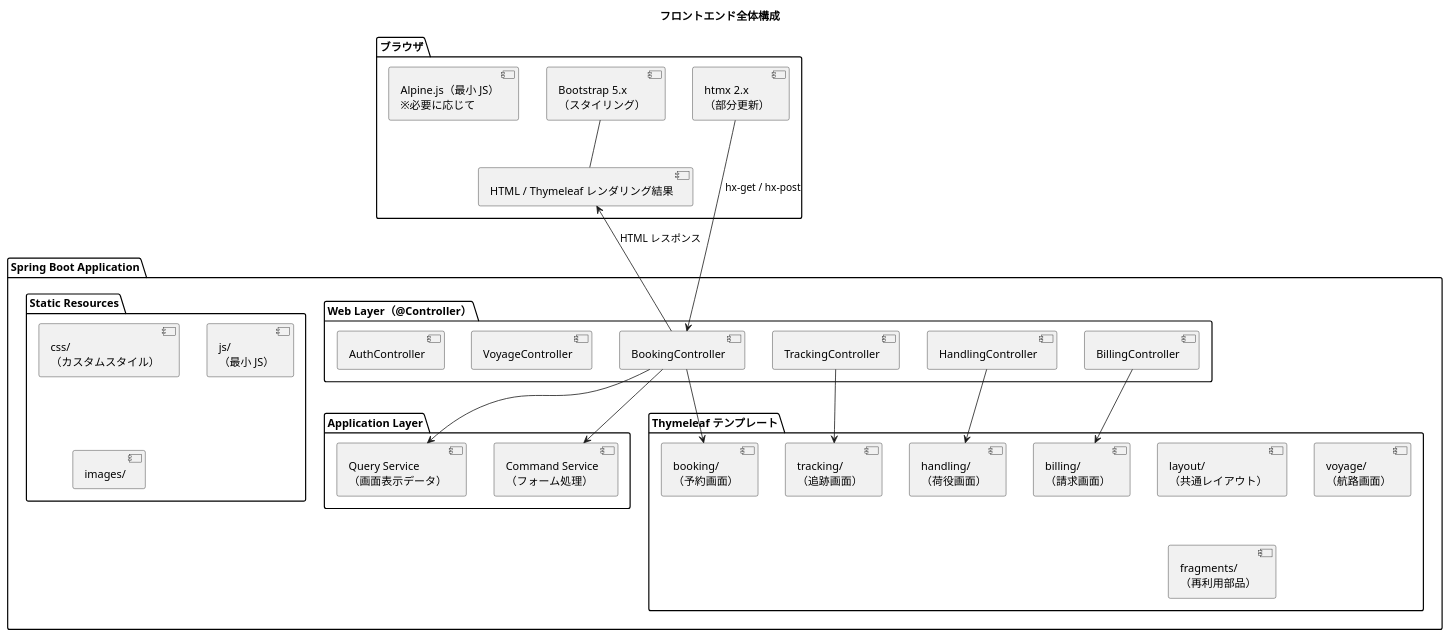
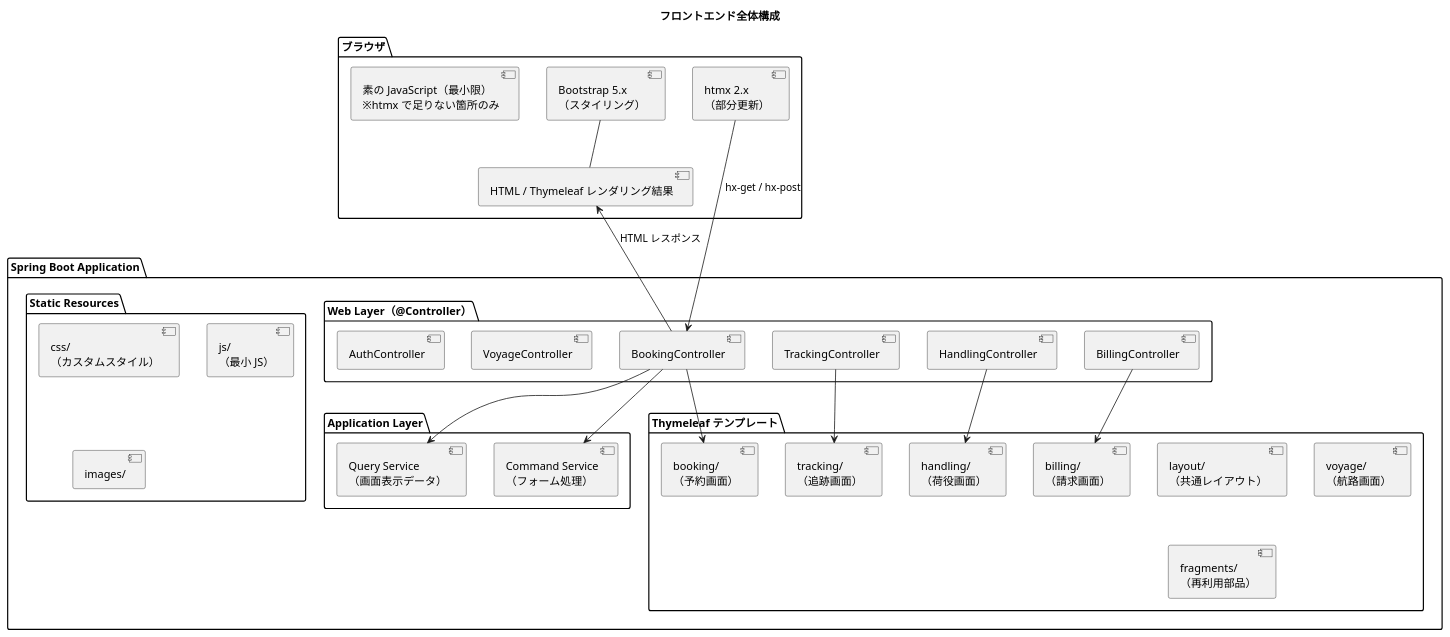
One commit to k2works/case-study-cargo-tracker changed the first of 4 diagrams in docs/design/architecture_frontend.md. Above: the diagram before and after it, drawn with PlantUML. The commit also changed other lines of this file and 6 other files, not shown here.

````diff
--- a/docs/design/architecture_frontend.md
+++ b/docs/design/architecture_frontend.md
@@ -34,57 +34,57 @@
 ```plantuml
 @startuml
 title フロントエンド全体構成
 
 package "ブラウザ" as browser {
   [HTML / Thymeleaf レンダリング結果]
   [Bootstrap 5.x\n（スタイリング）]
   [htmx 2.x\n（部分更新）]
-  [Alpine.js（最小 JS）\n※必要に応じて]
+  [素の JavaScript（最小限）\n※htmx で足りない箇所のみ]
 }
 
 package "Spring Boot Application" as app {
 
   package "Web Layer（@Controller）" as web {
     [BookingController]
     [TrackingController]
     [HandlingController]
     [BillingController]
     [VoyageController]
     [AuthController]
   }
 
   package "Thymeleaf テンプレート" as templates {
     [layout/\n（共通レイアウト）]
     [booking/\n（予約画面）]
     [tracking/\n（追跡画面）]
     [handling/\n（荷役画面）]
     [billing/\n（請求画面）]
     [voyage/\n（航路画面）]
     [fragments/\n（再利用部品）]
   }
 
   package "Static Resources" as static_res {
     [css/\n（カスタムスタイル）]
     [js/\n（最小 JS）]
     [images/]
   }
 
   package "Application Layer" as application {
     [Query Service\n（画面表示データ）]
     [Command Service\n（フォーム処理）]
   }
 }
 
 [HTML / Thymeleaf レンダリング結果] <-- [BookingController] : HTML レスポンス
 [htmx 2.x\n（部分更新）] --> [BookingController] : hx-get / hx-post
 [Bootstrap 5.x\n（スタイリング）] -- [HTML / Thymeleaf レンダリング結果]
 
 [BookingController] --> [Query Service\n（画面表示データ）]
 [BookingController] --> [Command Service\n（フォーム処理）]
 [BookingController] --> [booking/\n（予約画面）]
 [TrackingController] --> [tracking/\n（追跡画面）]
 [HandlingController] --> [handling/\n（荷役画面）]
 [BillingController] --> [billing/\n（請求画面）]
 
 @enduml
 ```
````
